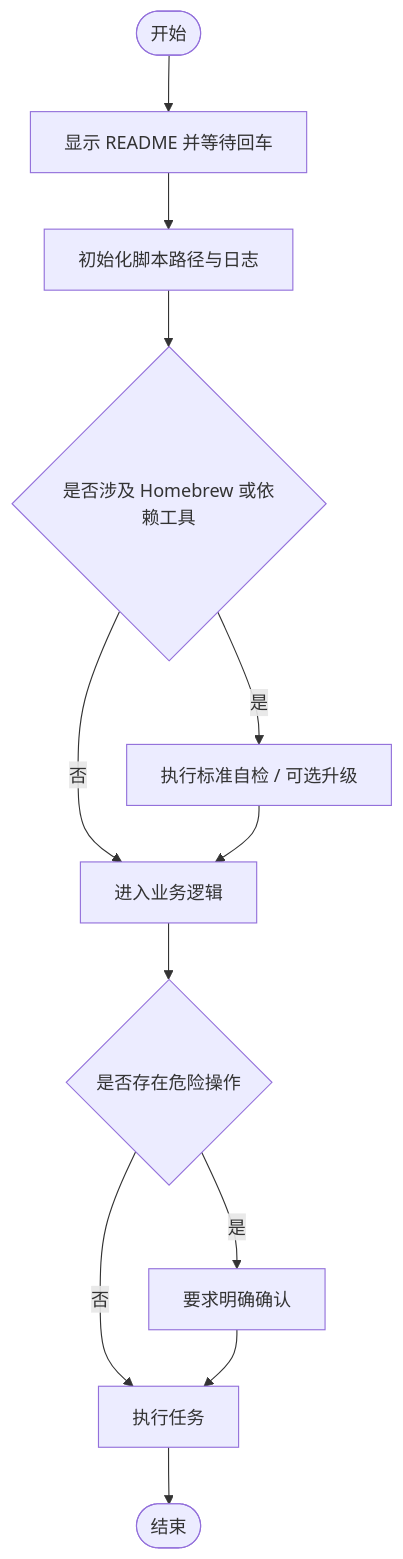
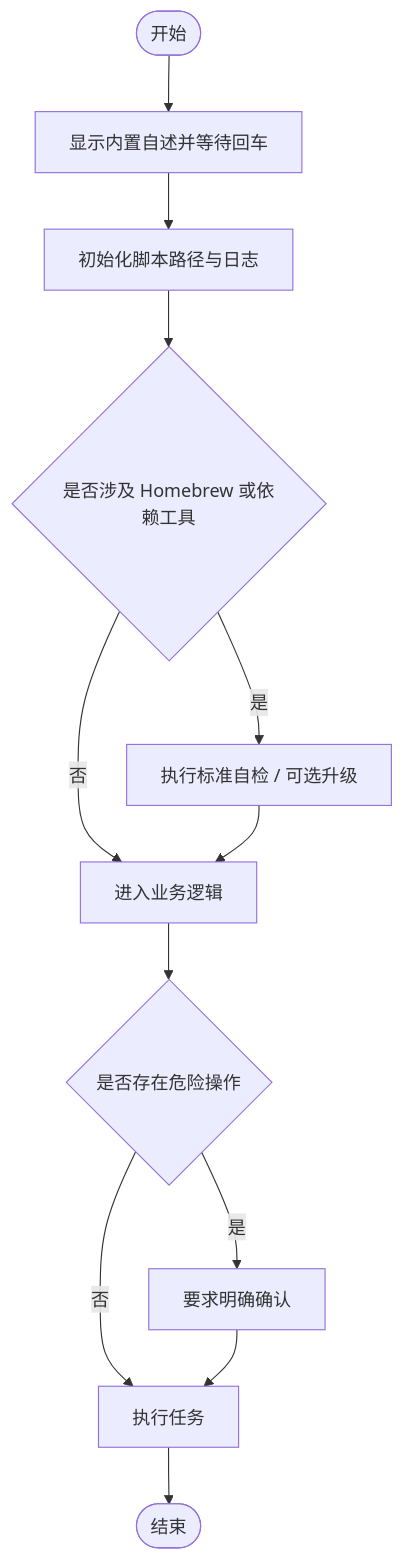
One commit to JobsKits/JobsCommand-Gits changed the diagram in 【MacOS】⏬下载配置当前Git子模块.command/README.md. Above: the diagram before and after it, drawn with Mermaid. The commit also changed other lines of this file and 9 other files, not shown here.

````diff
--- a/【MacOS】⏬下载配置当前Git子模块.command/README.md
+++ b/【MacOS】⏬下载配置当前Git子模块.command/README.md
@@ -70,14 +101,14 @@
 ```mermaid
 graph TD
-    A([开始]) --> B[显示 README 并等待回车]
+    A([开始]) --> B[显示内置自述并等待回车]
     B --> C[初始化脚本路径与日志]
     C --> D{是否涉及 Homebrew 或依赖工具}
     D --> |是| E[执行标准自检 / 可选升级]
     D --> |否| F[进入业务逻辑]
     E --> F[进入业务逻辑]
     F --> G{是否存在危险操作}
     G --> |是| H[要求明确确认]
     G --> |否| I[执行任务]
     H --> I[执行任务]
     I --> J([结束])
 ```
````
